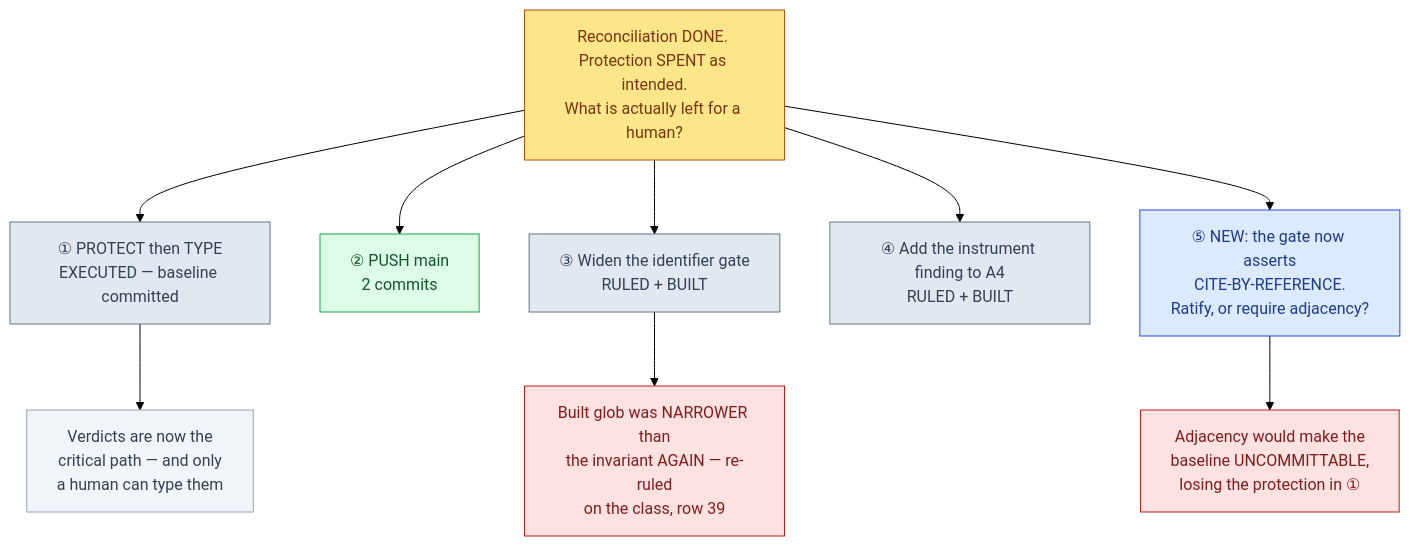
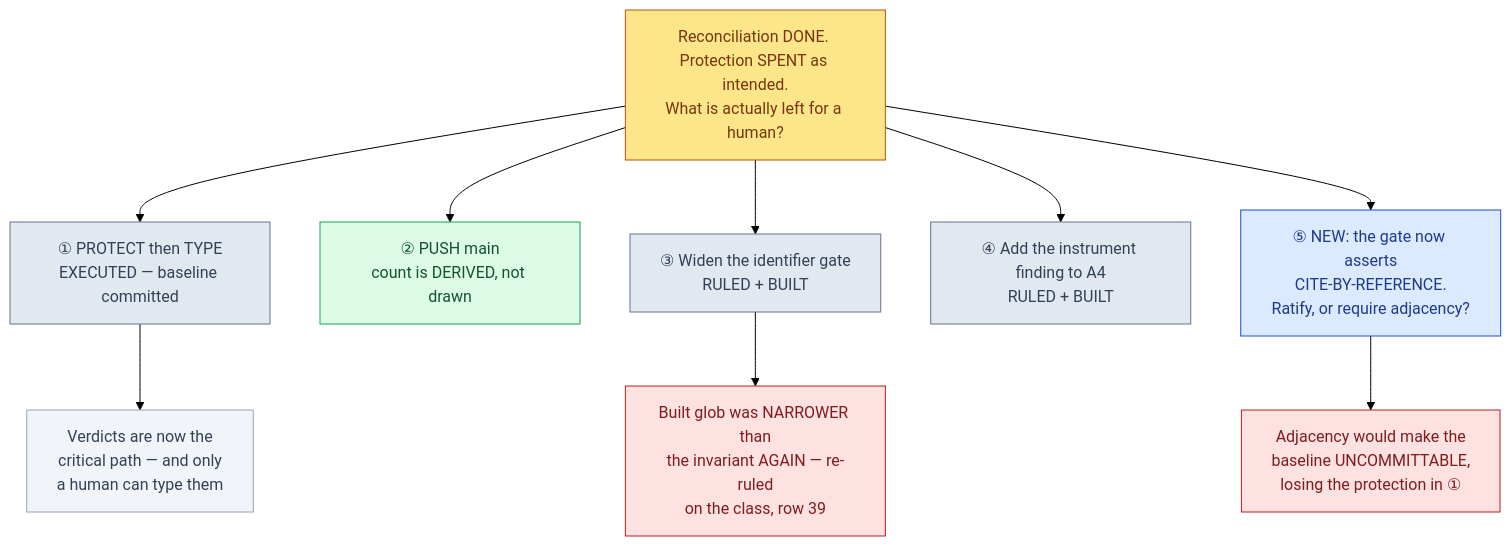
The diagram in docs/hacp/lung-on-chipsim/unblock-direction-2026-10-23.md (supmo668/bioFM), drawn with Mermaid (forest theme) before and after one commit. The commit also changed other lines of this file, not shown here.

First line of the commit message:
main/cto: docs(hacp): strip the bare counts from the decision surface — my own skill forbids them and the page went stale in under an hour because I published one anyway

````diff
--- a/docs/hacp/lung-on-chipsim/unblock-direction-2026-10-23.md
+++ b/docs/hacp/lung-on-chipsim/unblock-direction-2026-10-23.md
@@ -24,18 +24,18 @@
 ```mermaid
 flowchart TD
   Q["Reconciliation DONE. Protection SPENT as intended.<br/>What is actually left for a human?"]:::q
   Q --> W["① PROTECT then TYPE<br/>EXECUTED — baseline committed"]:::done
-  Q --> P["② PUSH main<br/>2 commits"]:::rec
+  Q --> P["② PUSH main<br/>count is DERIVED, not drawn"]:::rec
   Q --> C["③ Widen the identifier gate<br/>RULED + BUILT"]:::done
   Q --> A["④ Add the instrument finding to A4<br/>RULED + BUILT"]:::done
   Q --> N["⑤ NEW: the gate now asserts<br/>CITE-BY-REFERENCE.<br/>Ratify, or require adjacency?"]:::dec
   W --> W1["Verdicts are now the<br/>critical path — and only<br/>a human can type them"]:::out
   C --> C1["Built glob was NARROWER than<br/>the invariant AGAIN — re-ruled<br/>on the class, row 39"]:::bad
   N --> N1["Adjacency would make the<br/>baseline UNCOMMITTABLE,<br/>losing the protection in ①"]:::bad
   classDef q fill:#fde68a,stroke:#b45309,color:#78350f
   classDef rec fill:#dcfce7,stroke:#16a34a,color:#14532d
   classDef done fill:#e2e8f0,stroke:#64748b,color:#334155
   classDef dec fill:#dbeafe,stroke:#1d4ed8,color:#1e3a8a
   classDef bad fill:#fee2e2,stroke:#b91c1c,color:#7f1d1d
   classDef out fill:#f1f5f9,stroke:#94a3b8,color:#334155
 ```
````
